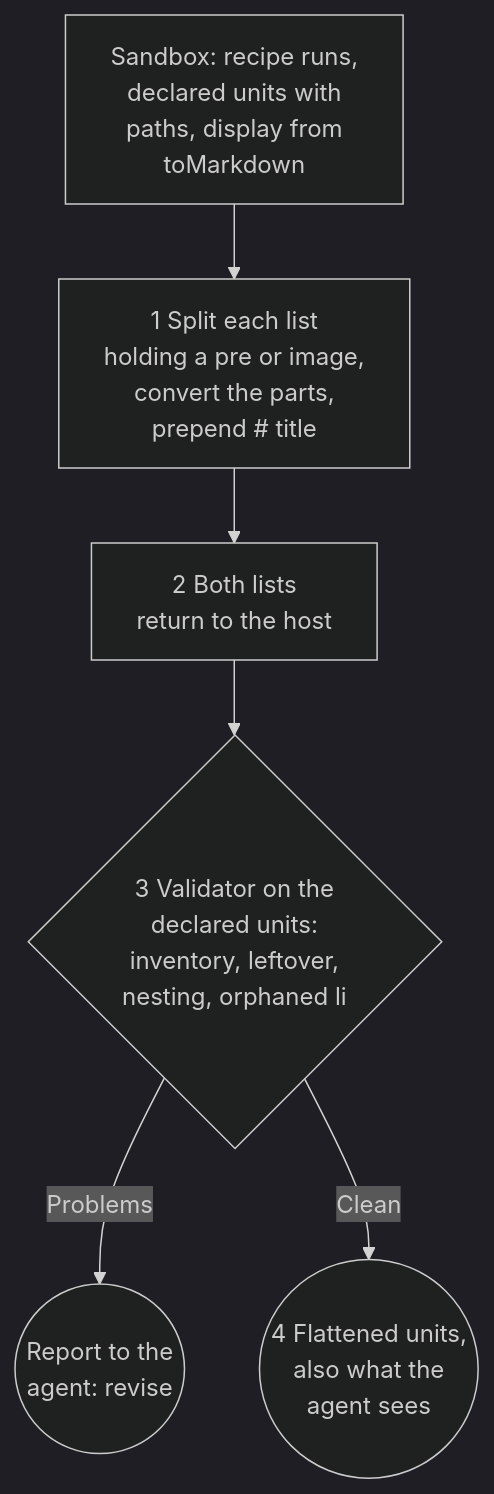
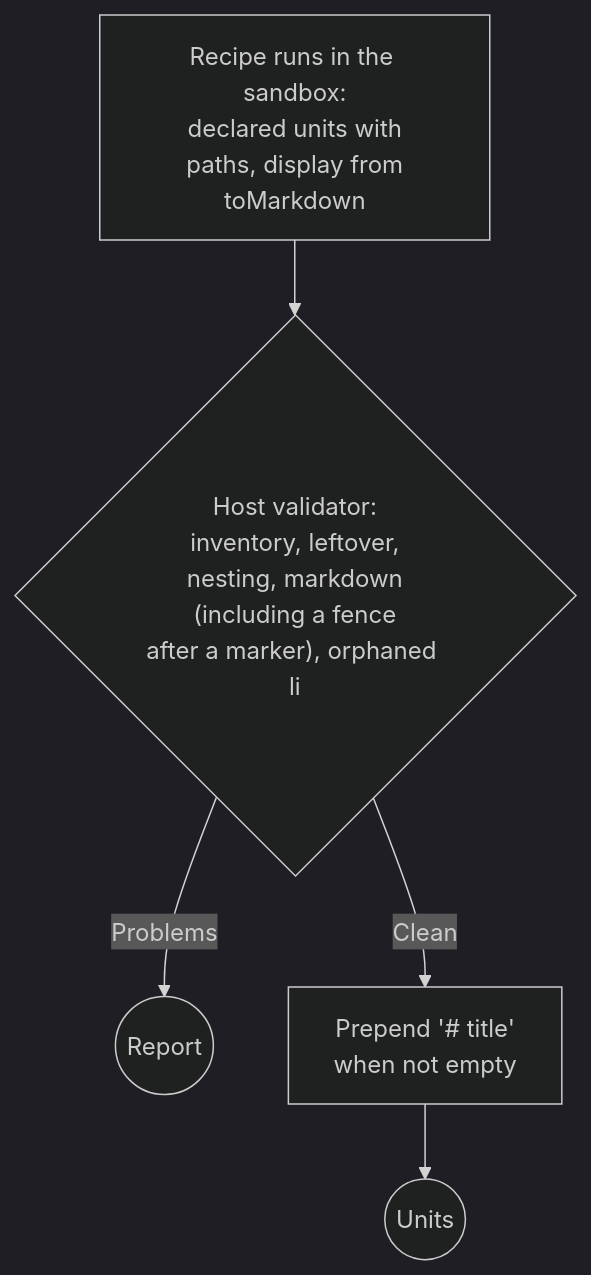
Before and after one commit to asermax/nagara: the diagram in docs/technical-design/markdown-units.md, drawn with Mermaid (dark theme). The commit also changed other lines of this file and 4 other files, not shown here.

Commit message:
docs: describe lists as one unit and the title unit added after validation

````diff
--- a/docs/technical-design/markdown-units.md
+++ b/docs/technical-design/markdown-units.md
@@ -72,8 +38,7 @@
 ```mermaid
 flowchart TD
-    A["Sandbox: recipe runs,<br/>declared units with<br/>paths, display from<br/>toMarkdown"] --> S["1 Split each list<br/>holding a pre or image,<br/>convert the parts,<br/>prepend # title"]
-    S --> H["2 Both lists<br/>return to the host"]
-    H --> V{"3 Validator on the<br/>declared units:<br/>inventory, leftover,<br/>nesting, orphaned li"}
-    V -->|Problems| R(("Report to the<br/>agent: revise"))
-    V -->|Clean| O(("4 Flattened units,<br/>also what the<br/>agent sees"))
+    A["Recipe runs in the sandbox:<br/>declared units with<br/>paths, display from<br/>toMarkdown"] --> V{"Host validator:<br/>inventory, leftover,<br/>nesting, markdown<br/>(including a fence<br/>after a marker), orphaned li"}
+    V -->|Problems| R(("Report"))
+    V -->|Clean| T["Prepend '# title'<br/>when not empty"]
+    T --> O(("Units"))
 ```
````
